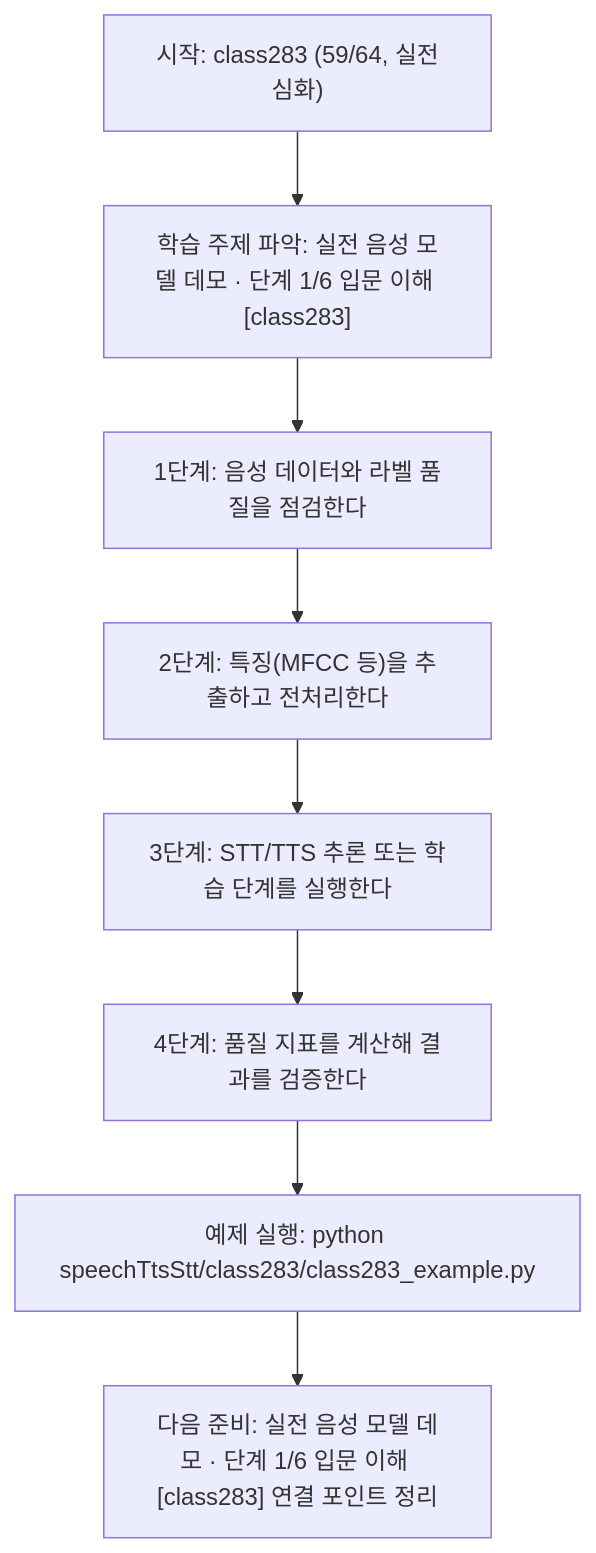
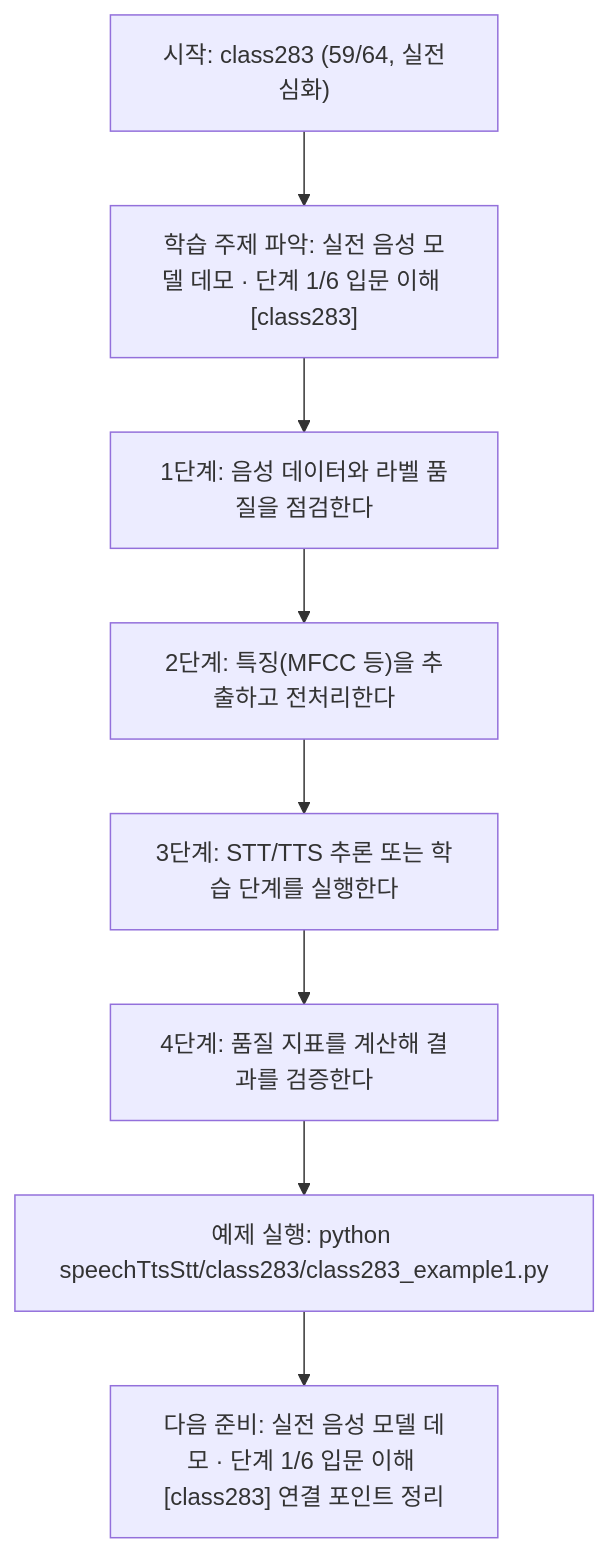
The diagram in speechTtsStt/class283/class283.md (edumgt/Python-AI_Agent-Class), drawn with Mermaid before and after one commit. The commit also changed other lines of this file and 2959 other files, not shown here.

````diff
--- a/speechTtsStt/class283/class283.md
+++ b/speechTtsStt/class283/class283.md
@@ -115,18 +115,18 @@
 ```mermaid
 flowchart TD
 N1["시작: class283 (59/64, 실전심화)"]
 N2["학습 주제 파악: 실전 음성 모델 데모 · 단계 1/6 입문 이해 [class283]"]
 N3["1단계: 음성 데이터와 라벨 품질을 점검한다"]
 N4["2단계: 특징(MFCC 등)을 추출하고 전처리한다"]
 N5["3단계: STT/TTS 추론 또는 학습 단계를 실행한다"]
 N6["4단계: 품질 지표를 계산해 결과를 검증한다"]
-N7["예제 실행: python speechTtsStt/class283/class283_example.py"]
+N7["예제 실행: python speechTtsStt/class283/class283_example1.py"]
 N8["다음 준비: 실전 음성 모델 데모 · 단계 1/6 입문 이해 [class283] 연결 포인트 정리"]
 N1 --> N2
 N2 --> N3
 N3 --> N4
 N4 --> N5
 N5 --> N6
 N6 --> N7
 N7 --> N8
 ```
````
